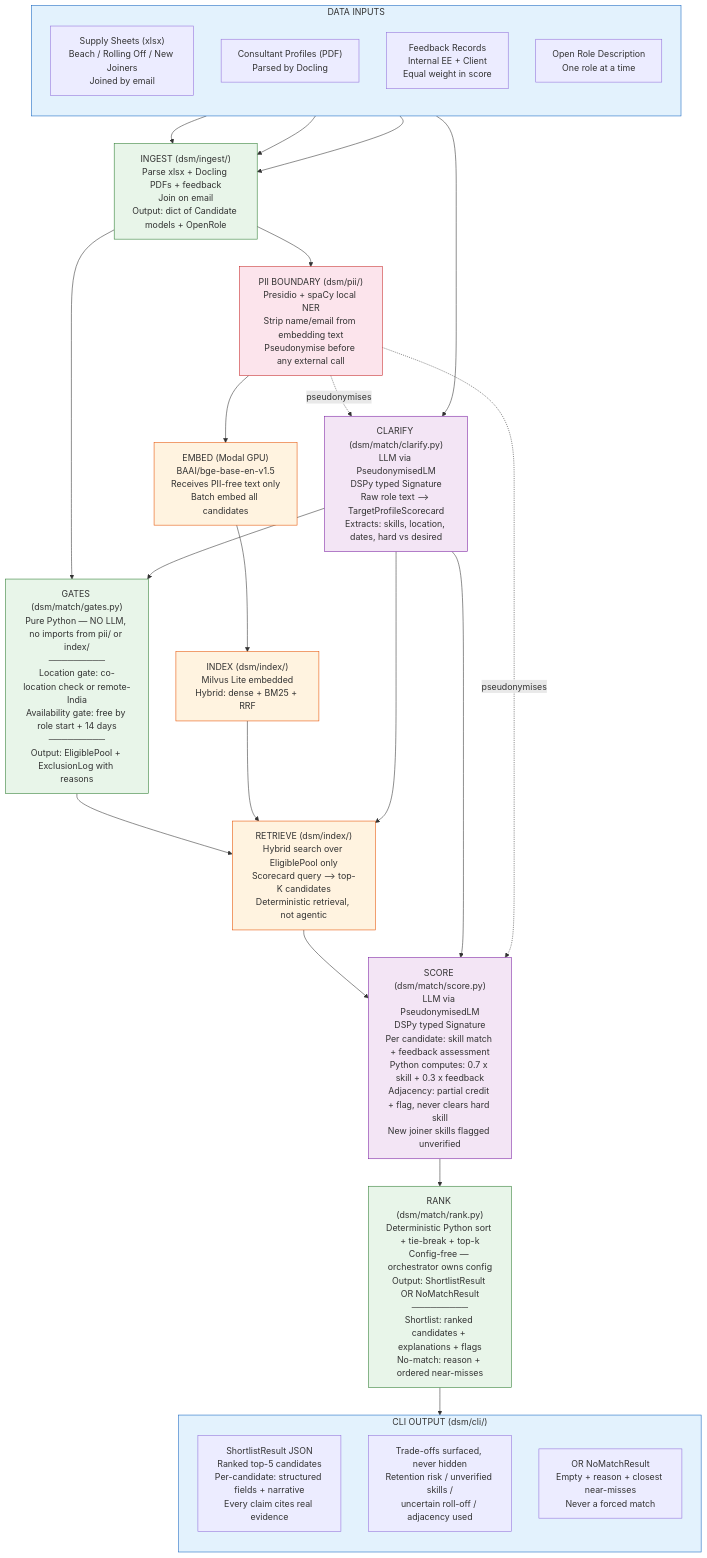
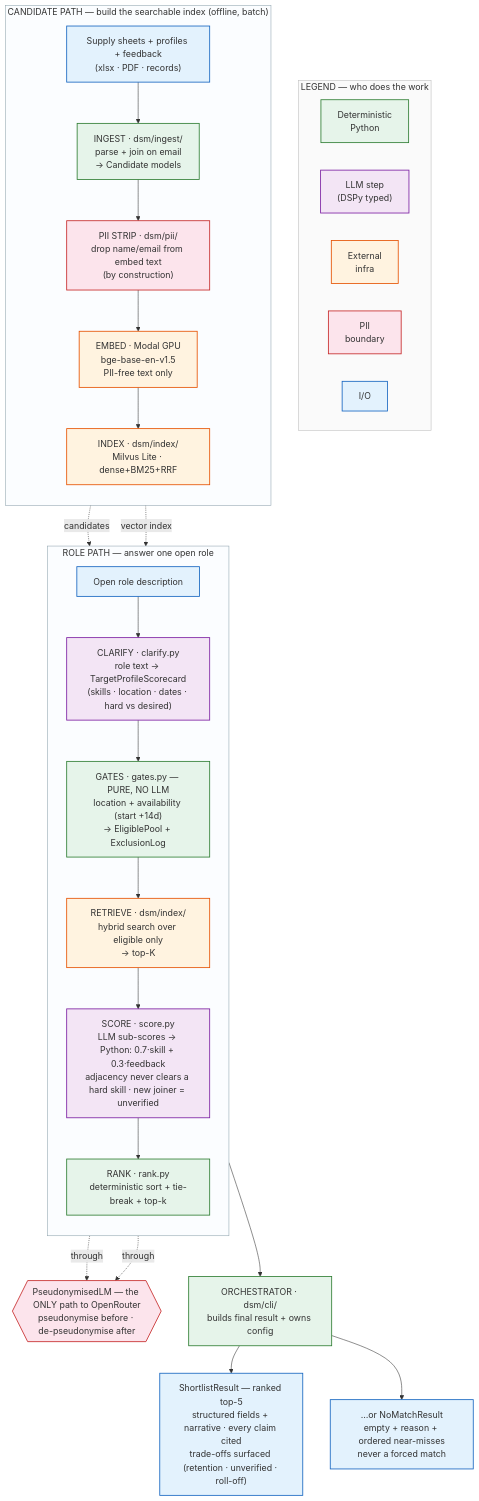
One commit to shreyabaid007/staffer changed the second of 2 diagrams in README.md. Above: the diagram before and after it, drawn with Mermaid. The commit also changed other lines of this file, not shown here.

````diff
--- a/README.md
+++ b/README.md
@@ -143,80 +136,60 @@
 ```mermaid
 
-flowchart TD
-    %% ── INPUTS ──
-    subgraph INPUTS["DATA INPUTS"]
-        direction TB
-        XLSX["Supply Sheets (xlsx)\nBeach / Rolling Off / New Joiners\nJoined by email"]
-        PDF["Consultant Profiles (PDF)\nParsed by Docling"]
-        FB["Feedback Records\nInternal EE + Client\nEqual weight in score"]
-        ROLE["Open Role Description\nOne role at a time"]
+flowchart TB
+    %% ===== LEGEND =====
+    subgraph LEGEND["LEGEND — who does the work"]
+        direction LR
+        L1["Deterministic<br/>Python"]:::pure
+        L2["LLM step<br/>(DSPy typed)"]:::llm
+        L3["External<br/>infra"]:::infra
+        L4["PII<br/>boundary"]:::pii
+        L5["I/O"]:::io
     end
 
-    %% ── PHASE 1: INGEST ──
-    XLSX --> INGEST
-    PDF --> INGEST
-    FB --> INGEST
-    INGEST["INGEST (dsm/ingest/)\nParse xlsx + Docling PDFs + feedback\nJoin on email\nOutput: dict of Candidate models + OpenRole"]
-
-    %% ── PHASE 2: PII STRIP + EMBED ──
-    INGEST --> PII_STRIP
-    PII_STRIP["PII BOUNDARY (dsm/pii/)\nPresidio + spaCy local NER\nStrip name/email from embedding text\nPseudonymise before any external call"]
-
-    PII_STRIP --> EMBED
-    EMBED["EMBED (Modal GPU)\nBAAI/bge-base-en-v1.5\nReceives PII-free text only\nBatch embed all candidates"]
-
-    EMBED --> INDEX
-    INDEX["INDEX (dsm/index/)\nMilvus Lite embedded\nHybrid: dense + BM25 + RRF"]
-
-    %% ── PHASE 3: CLARIFY THE ROLE ──
-    ROLE --> CLARIFY
-    CLARIFY["CLARIFY (dsm/match/clarify.py)\nLLM via PseudonymisedLM\nDSPy typed Signature\nRaw role text --> TargetProfileScorecard\nExtracts: skills, location, dates, hard vs desired"]
-
-    %% ── PHASE 4: DETERMINISTIC GATES ──
-    INGEST --> GATES
-    CLARIFY --> GATES
-    GATES["GATES (dsm/match/gates.py)\nPure Python — NO LLM, no imports from pii/ or index/\n─────────\nLocation gate: co-location check or remote-India\nAvailability gate: free by role start + 14 days\n─────────\nOutput: EligiblePool + ExclusionLog with reasons"]
-
-    %% ── PHASE 5: RETRIEVE ──
-    GATES --> RETRIEVE
-    INDEX --> RETRIEVE
-    CLARIFY --> RETRIEVE
-    RETRIEVE["RETRIEVE (dsm/index/)\nHybrid search over EligiblePool only\nScorecard query --> top-K candidates\nDeterministic retrieval, not agentic"]
-
-    %% ── PHASE 6: SCORE ──
-    RETRIEVE --> SCORE
-    CLARIFY --> SCORE
-    SCORE["SCORE (dsm/match/score.py)\nLLM via PseudonymisedLM\nDSPy typed Signature\nPer candidate: skill match + feedback assessment\nPython computes: 0.7 x skill + 0.3 x feedback\nAdjacency: partial credit + flag, never clears hard skill\nNew joiner skills flagged unverified"]
-
-    %% ── PHASE 7: RANK ──
-    SCORE --> RANK
-    RANK["RANK (dsm/match/rank.py)\nDeterministic Python sort + tie-break + top-k\nConfig-free — orchestrator owns config\nOutput: ShortlistResult OR NoMatchResult\n─────────\nShortlist: ranked candidates + explanations + flags\nNo-match: reason + ordered near-misses"]
-
-    %% ── OUTPUT ──
-    RANK --> OUTPUT
-
-    subgraph OUTPUT["CLI OUTPUT (dsm/cli/)"]
+    %% ===== CANDIDATE INDEXING PATH =====
+    subgraph CAND["CANDIDATE PATH — build the searchable index (offline, batch)"]
         direction TB
-        JSON_OUT["ShortlistResult JSON\nRanked top-5 candidates\nPer-candidate: structured fields + narrative\nEvery claim cites real evidence"]
-        TRADEOFFS["Trade-offs surfaced, never hidden\nRetention risk / unverified skills /\nuncertain roll-off / adjacency used"]
-        NOMATCH["OR NoMatchResult\nEmpty + reason + closest near-misses\nNever a forced match"]
+        XLSX["Supply sheets + profiles + feedback<br/>(xlsx · PDF · records)"]:::io
+        INGEST["INGEST · dsm/ingest/<br/>parse + join on email<br/>→ Candidate models"]:::pure
+        STRIP["PII STRIP · dsm/pii/<br/>drop name/email from embed text<br/>(by construction)"]:::pii
+        EMBED["EMBED · Modal GPU<br/>bge-base-en-v1.5<br/>PII-free text only"]:::infra
+        INDEX["INDEX · dsm/index/<br/>Milvus Lite · dense+BM25+RRF"]:::infra
+        XLSX --> INGEST --> STRIP --> EMBED --> INDEX
     end
 
-    %% ── PII BOUNDARY ANNOTATION ──
-    PII_STRIP -.->|"pseudonymises"| CLARIFY
-    PII_STRIP -.->|"pseudonymises"| SCORE
+    %% ===== ROLE QUERY PATH =====
+    subgraph QUERY["ROLE PATH — answer one open role"]
+        direction TB
+        ROLE["Open role description"]:::io
+        CLARIFY["CLARIFY · clarify.py<br/>role text → TargetProfileScorecard<br/>(skills · location · dates · hard vs desired)"]:::llm
+        GATES["GATES · gates.py — PURE, NO LLM<br/>location + availability (start +14d)<br/>→ EligiblePool + ExclusionLog"]:::pure
+        RETRIEVE["RETRIEVE · dsm/index/<br/>hybrid search over eligible only<br/>→ top-K"]:::infra
+        SCORE["SCORE · score.py<br/>LLM sub-scores → Python: 0.7·skill + 0.3·feedback<br/>adjacency never clears a hard skill · new joiner = unverified"]:::llm
+        RANK["RANK · rank.py<br/>deterministic sort + tie-break + top-k"]:::pure
+        ROLE --> CLARIFY --> GATES --> RETRIEVE --> SCORE --> RANK
+    end
 
-    %% ── STYLING ──
-    style INPUTS fill:#e3f2fd,stroke:#1565C0
-    style INGEST fill:#e8f5e9,stroke:#2E7D32
-    style PII_STRIP fill:#fce4ec,stroke:#c62828
-    style EMBED fill:#fff3e0,stroke:#E65100
-    style INDEX fill:#fff3e0,stroke:#E65100
-    style CLARIFY fill:#f3e5f5,stroke:#7B1FA2
-    style GATES fill:#e8f5e9,stroke:#2E7D32
-    style RETRIEVE fill:#fff3e0,stroke:#E65100
-    style SCORE fill:#f3e5f5,stroke:#7B1FA2
-    style RANK fill:#e8f5e9,stroke:#2E7D32
-    style OUTPUT fill:#e3f2fd,stroke:#1565C0
+    %% ===== CONVERGENCE =====
+    INGEST -. "candidates" .-> GATES
+    INDEX -. "vector index" .-> RETRIEVE
+
+    %% ===== PII WALL =====
+    PIIW{{"PseudonymisedLM — the ONLY path to OpenRouter<br/>pseudonymise before · de-pseudonymise after"}}:::pii
+    CLARIFY -.->|through| PIIW
+    SCORE -.->|through| PIIW
+
+    %% ===== OUTPUT =====
+    RANK --> ORCH["ORCHESTRATOR · dsm/cli/<br/>builds final result + owns config"]:::pure
+    ORCH --> OUT["ShortlistResult — ranked top-5<br/>structured fields + narrative · every claim cited<br/>trade-offs surfaced (retention · unverified · roll-off)"]:::io
+    ORCH --> NOM["…or NoMatchResult<br/>empty + reason + ordered near-misses<br/>never a forced match"]:::io
+
+    classDef pure fill:#e6f4ea,stroke:#2E7D32,stroke-width:1.5px;
+    classDef llm fill:#f3e5f5,stroke:#7B1FA2,stroke-width:1.5px;
+    classDef infra fill:#fff3e0,stroke:#E65100,stroke-width:1.5px;
+    classDef pii fill:#fce4ec,stroke:#c62828,stroke-width:1.5px;
+    classDef io fill:#e3f2fd,stroke:#1565C0,stroke-width:1.5px;
+    style LEGEND fill:#fafafa,stroke:#bdbdbd
+    style CAND fill:#fbfdff,stroke:#90a4ae
+    style QUERY fill:#fbfdff,stroke:#90a4ae
 
 ```
````
